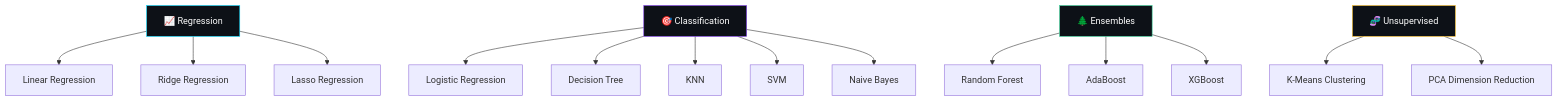
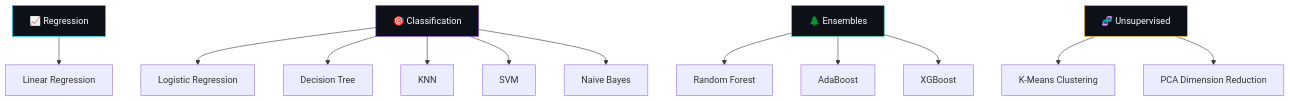
One commit to JayanGupta/Data_Science_Notes changed the diagram in README.md. Above: the diagram before and after it, drawn with Mermaid. The commit also changed other lines of this file and 11 other files, not shown here.

Commit message:
Refactor classification notebooks to multiclass Iris, delete Ridge & Lasso regression, and update README.md

````diff
--- a/README.md
+++ b/README.md
@@ -121,24 +117,22 @@
 ```mermaid
 graph TD
     A[📈 Regression] --> A1[Linear Regression]
-    A --> A2[Ridge Regression]
-    A --> A3[Lasso Regression]
     
     B[🎯 Classification] --> B1[Logistic Regression]
     B --> B2[Decision Tree]
     B --> B3[KNN]
     B --> B4[SVM]
     B --> B5[Naive Bayes]
     
     C[🌲 Ensembles] --> C1[Random Forest]
     C --> C2[AdaBoost]
     C --> C3[XGBoost]
     
     D[🧬 Unsupervised] --> D1[K-Means Clustering]
     D --> D2[PCA Dimension Reduction]
 
     style A fill:#0d1117,stroke:#00d9ff,color:#ffffff
     style B fill:#0d1117,stroke:#7c3aed,color:#ffffff
     style C fill:#0d1117,stroke:#34d399,color:#ffffff
     style D fill:#0d1117,stroke:#fbbf24,color:#ffffff
 ```
````
